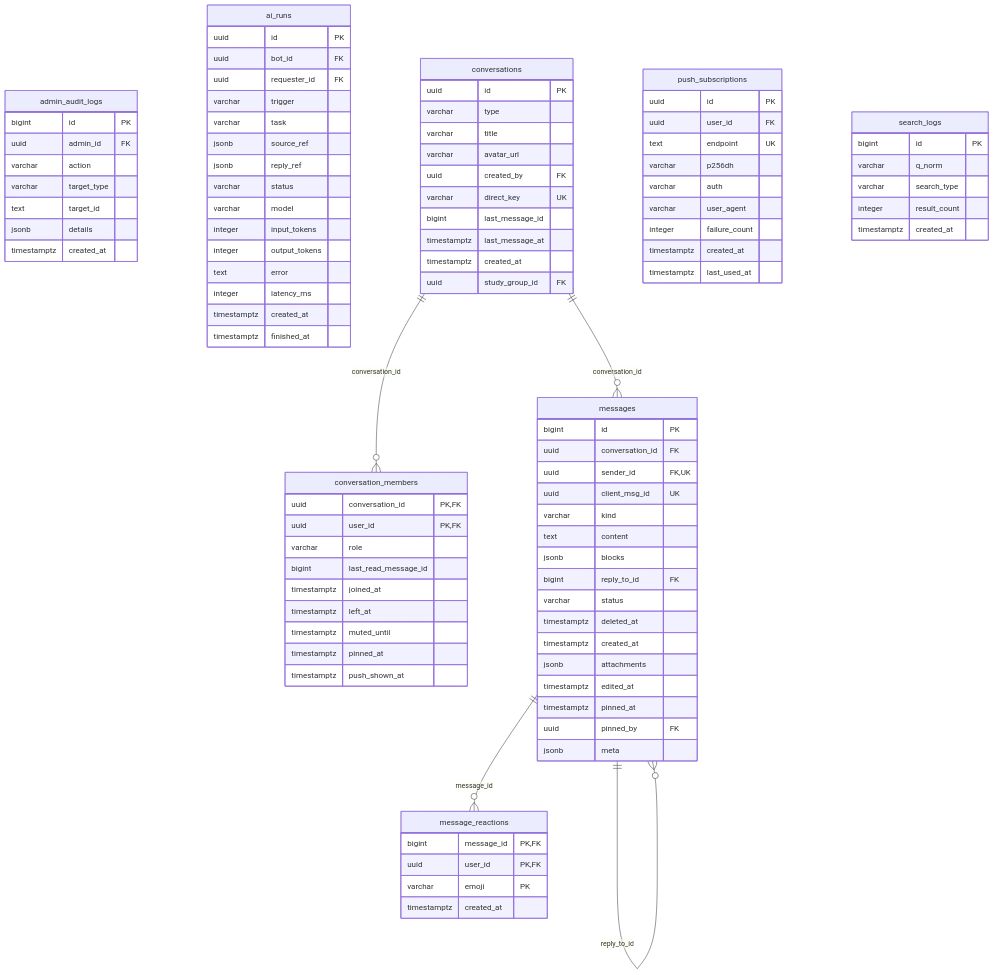
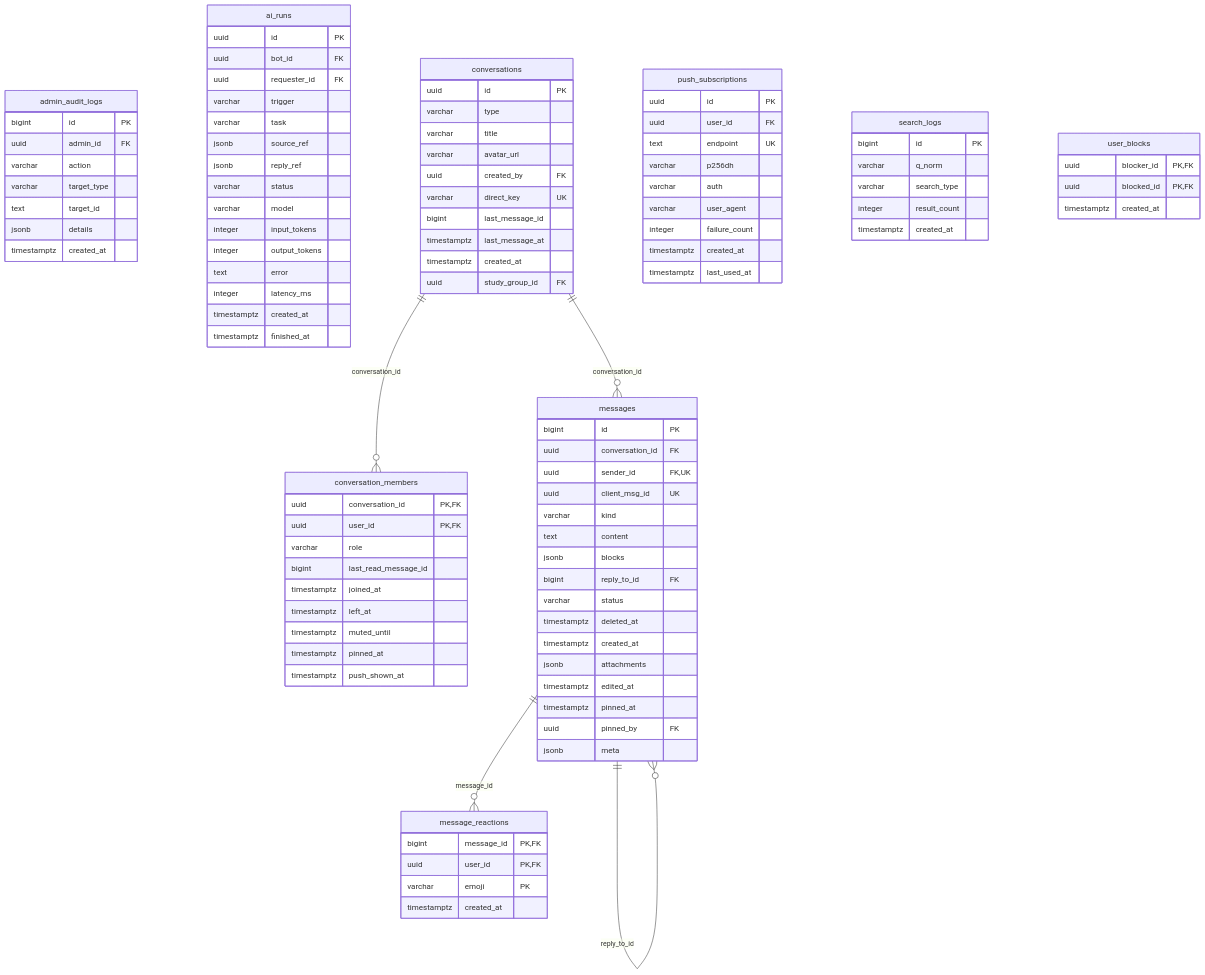
The sixth of 6 diagrams in docs/diagrams/04-erd.md (nhatcoi/pu-connect), drawn with Mermaid before and after one commit. The commit also changed other lines of this file and 4 other files, not shown here.

Commit message:
docs(blocks): document user blocking, ERD and diagrams

```diff
--- a/docs/diagrams/04-erd.md
+++ b/docs/diagrams/04-erd.md
@@ -498,6 +500,11 @@
     integer result_count
     timestamptz created_at
   }
+  user_blocks {
+    uuid blocker_id PK,FK
+    uuid blocked_id PK,FK
+    timestamptz created_at
+  }
   conversations ||--o{ conversation_members : "conversation_id"
   messages ||--o{ message_reactions : "message_id"
   conversations ||--o{ messages : "conversation_id"
```
